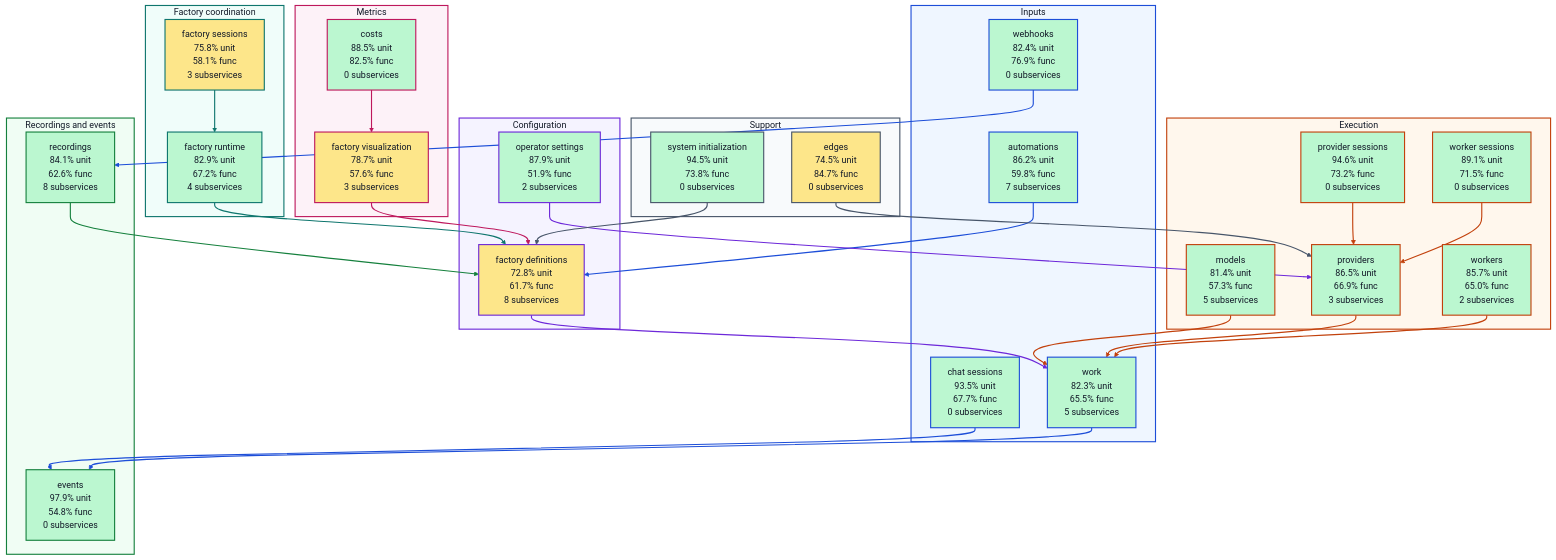
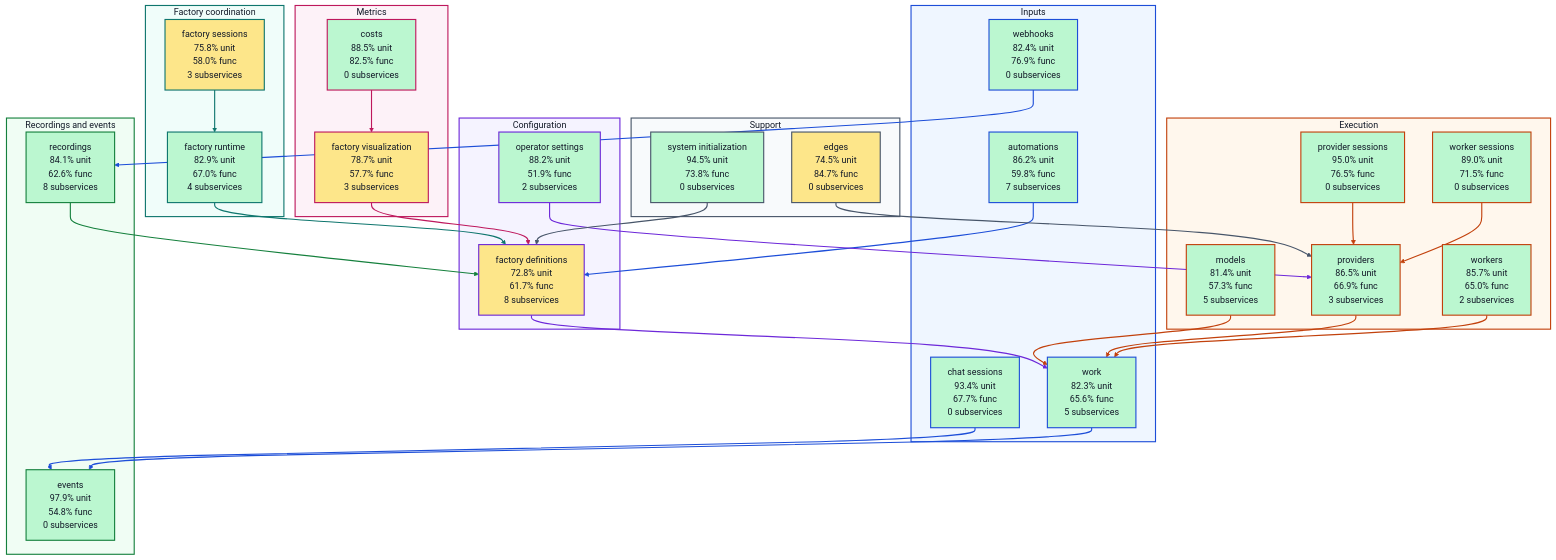
The diagram in docs/architecture/visualizations/high-level-test-coverage.md (portpowered/you-agent-factory), drawn with Mermaid before and after one commit. The commit also changed other lines of this file and 20 other files, not shown here.

Commit message:
docs: refresh backend architecture visualizations

```diff
--- a/docs/architecture/visualizations/high-level-test-coverage.md
+++ b/docs/architecture/visualizations/high-level-test-coverage.md
@@ -12,23 +12,23 @@
 flowchart TB
   subgraph input["Inputs"]
     s_services_automations["automations<br/>86.2% unit<br/>59.8% func<br/>7 subservices"]
-    s_services_chat_sessions["chat sessions<br/>93.5% unit<br/>67.7% func<br/>0 subservices"]
+    s_services_chat_sessions["chat sessions<br/>93.4% unit<br/>67.7% func<br/>0 subservices"]
     s_services_webhooks["webhooks<br/>82.4% unit<br/>76.9% func<br/>0 subservices"]
-    s_services_work["work<br/>82.3% unit<br/>65.5% func<br/>5 subservices"]
+    s_services_work["work<br/>82.3% unit<br/>65.6% func<br/>5 subservices"]
   end
   subgraph configuration["Configuration"]
     s_services_factory_definitions["factory definitions<br/>72.8% unit<br/>61.7% func<br/>8 subservices"]
-    s_services_operator_settings["operator settings<br/>87.9% unit<br/>51.9% func<br/>2 subservices"]
+    s_services_operator_settings["operator settings<br/>88.2% unit<br/>51.9% func<br/>2 subservices"]
   end
   subgraph coordination["Factory coordination"]
-    s_services_factory_runtime["factory runtime<br/>82.9% unit<br/>67.2% func<br/>4 subservices"]
-    s_services_factory_sessions["factory sessions<br/>75.8% unit<br/>58.1% func<br/>3 subservices"]
+    s_services_factory_runtime["factory runtime<br/>82.9% unit<br/>67.0% func<br/>4 subservices"]
+    s_services_factory_sessions["factory sessions<br/>75.8% unit<br/>58.0% func<br/>3 subservices"]
   end
   subgraph execution["Execution"]
     s_services_models["models<br/>81.4% unit<br/>57.3% func<br/>5 subservices"]
-    s_services_provider_sessions["provider sessions<br/>94.6% unit<br/>73.2% func<br/>0 subservices"]
+    s_services_provider_sessions["provider sessions<br/>95.0% unit<br/>76.5% func<br/>0 subservices"]
     s_services_providers["providers<br/>86.5% unit<br/>66.9% func<br/>3 subservices"]
-    s_services_worker_sessions["worker sessions<br/>89.1% unit<br/>71.5% func<br/>0 subservices"]
+    s_services_worker_sessions["worker sessions<br/>89.0% unit<br/>71.5% func<br/>0 subservices"]
     s_services_workers["workers<br/>85.7% unit<br/>65.0% func<br/>2 subservices"]
   end
   subgraph recordings["Recordings and events"]
@@ -37,7 +37,7 @@
   end
   subgraph metrics["Metrics"]
     s_services_costs["costs<br/>88.5% unit<br/>82.5% func<br/>0 subservices"]
-    s_services_factory_visualization["factory visualization<br/>78.7% unit<br/>57.6% func<br/>3 subservices"]
+    s_services_factory_visualization["factory visualization<br/>78.7% unit<br/>57.7% func<br/>3 subservices"]
   end
   subgraph support["Support"]
     s_services_edges["edges<br/>74.5% unit<br/>84.7% func<br/>0 subservices"]
```
